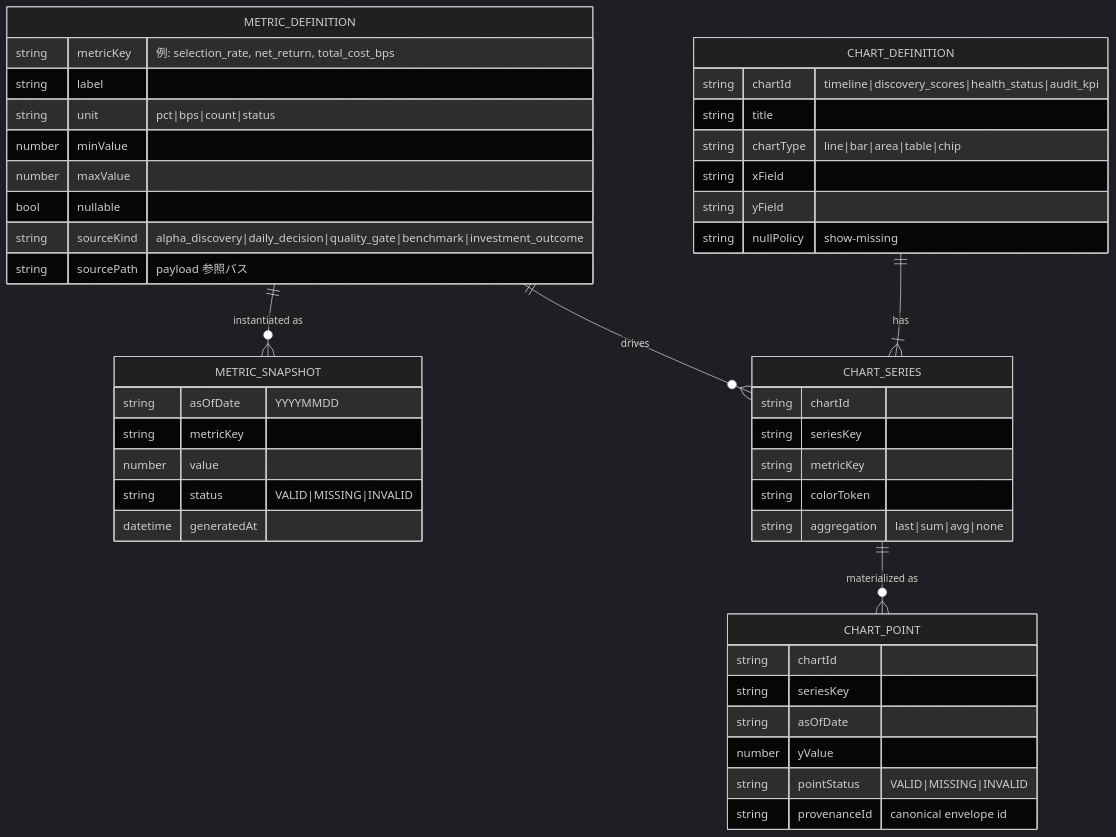
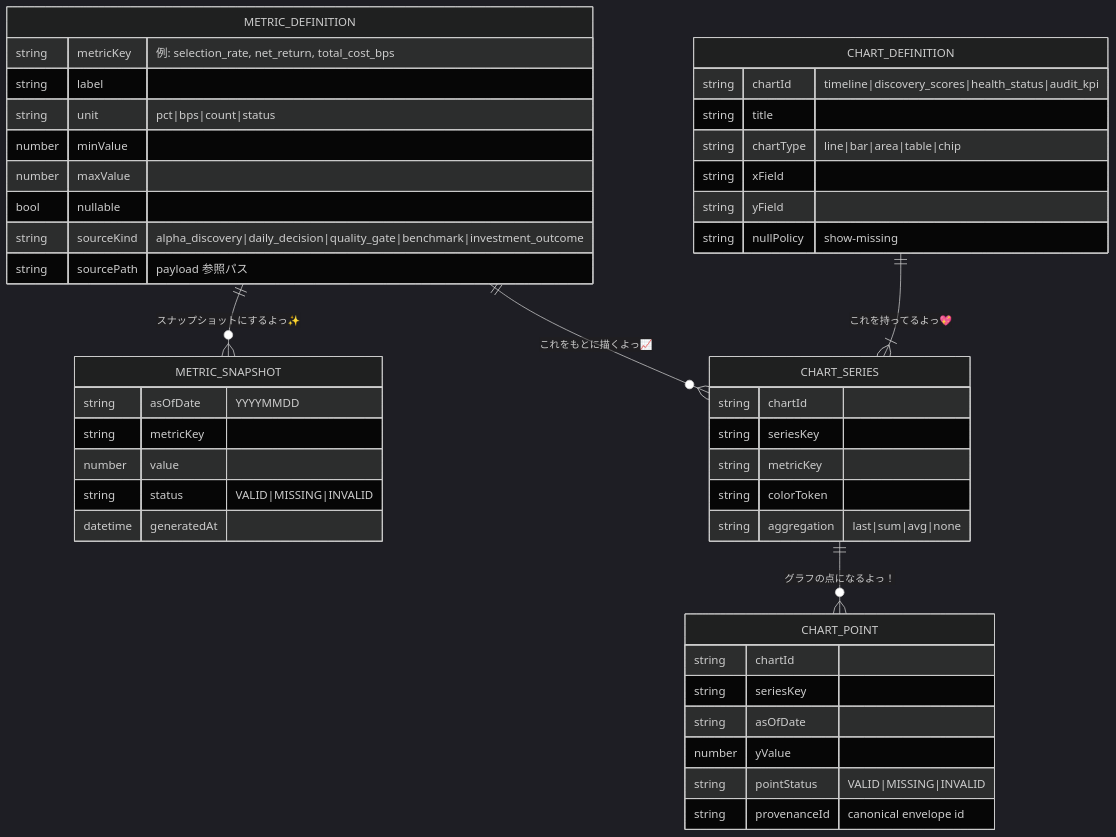
The fifth of 8 diagrams in docs/specs/frontend.md (KAFKA2306/investor), drawn with Mermaid (dark theme) before and after one commit. The commit also changed other lines of this file and 52 other files, not shown here.

````diff
--- a/docs/specs/frontend.md
+++ b/docs/specs/frontend.md
@@ -235,52 +235,52 @@
 ```mermaid
 erDiagram
     METRIC_DEFINITION {
       string metricKey "例: selection_rate, net_return, total_cost_bps"
       string label
       string unit "pct|bps|count|status"
       number minValue
       number maxValue
       bool nullable
       string sourceKind "alpha_discovery|daily_decision|quality_gate|benchmark|investment_outcome"
       string sourcePath "payload 参照パス"
     }
 
     METRIC_SNAPSHOT {
       string asOfDate "YYYYMMDD"
       string metricKey
       number value
       string status "VALID|MISSING|INVALID"
       datetime generatedAt
     }
 
     CHART_DEFINITION {
       string chartId "timeline|discovery_scores|health_status|audit_kpi"
       string title
       string chartType "line|bar|area|table|chip"
       string xField
       string yField
       string nullPolicy "show-missing"
     }
 
     CHART_SERIES {
       string chartId
       string seriesKey
       string metricKey
       string colorToken
       string aggregation "last|sum|avg|none"
     }
 
     CHART_POINT {
       string chartId
       string seriesKey
       string asOfDate
       number yValue
       string pointStatus "VALID|MISSING|INVALID"
       string provenanceId "canonical envelope id"
     }
 
-    METRIC_DEFINITION ||--o{ METRIC_SNAPSHOT : "instantiated as"
-    CHART_DEFINITION ||--|{ CHART_SERIES : "has"
-    CHART_SERIES ||--o{ CHART_POINT : "materialized as"
-    METRIC_DEFINITION ||--o{ CHART_SERIES : "drives"
+    METRIC_DEFINITION ||--o{ METRIC_SNAPSHOT : "スナップショットにするよっ✨"
+    CHART_DEFINITION ||--|{ CHART_SERIES : "これを持ってるよっ💖"
+    CHART_SERIES ||--o{ CHART_POINT : "グラフの点になるよっ！"
+    METRIC_DEFINITION ||--o{ CHART_SERIES : "これをもとに描くよっ📈"
 ```
````
